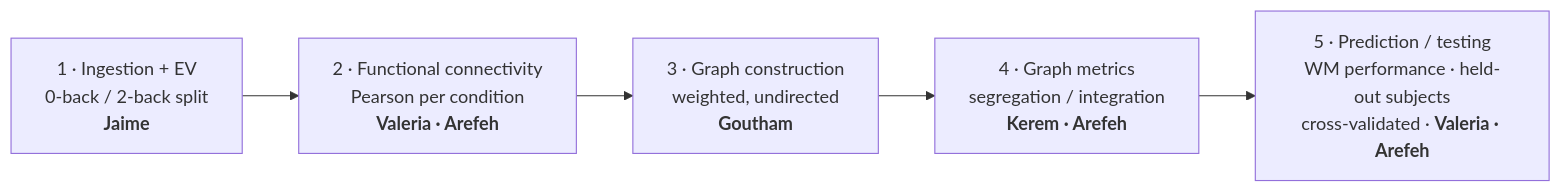
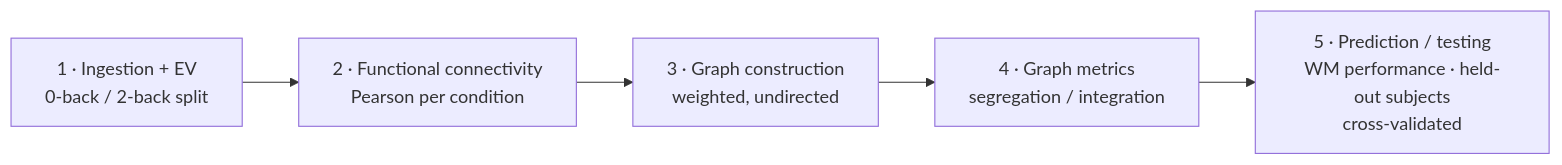
The diagram in README.md (The-Gammas/The-Gammas), drawn with Mermaid before and after one commit. The commit also changed other lines of this file and 37 other files, not shown here.

````diff
--- a/README.md
+++ b/README.md
@@ -52,9 +101,9 @@
 ```mermaid
 flowchart LR
-    A["1 · Ingestion + EV<br/>0-back / 2-back split<br/><b>Jaime</b>"]
-    B["2 · Functional connectivity<br/>Pearson per condition<br/><b>Valeria · Arefeh</b>"]
-    C["3 · Graph construction<br/>weighted, undirected<br/><b>Goutham</b>"]
-    D["4 · Graph metrics<br/>segregation / integration<br/><b>Kerem · Arefeh</b>"]
-    E["5 · Prediction / testing<br/>WM performance · held-out subjects<br/>cross-validated · <b>Valeria · Arefeh</b>"]
+    A["1 · Ingestion + EV<br/>0-back / 2-back split"]
+    B["2 · Functional connectivity<br/>Pearson per condition"]
+    C["3 · Graph construction<br/>weighted, undirected"]
+    D["4 · Graph metrics<br/>segregation / integration"]
+    E["5 · Prediction / testing<br/>WM performance · held-out subjects<br/>cross-validated"]
     A --> B --> C --> D --> E
 ```
````
